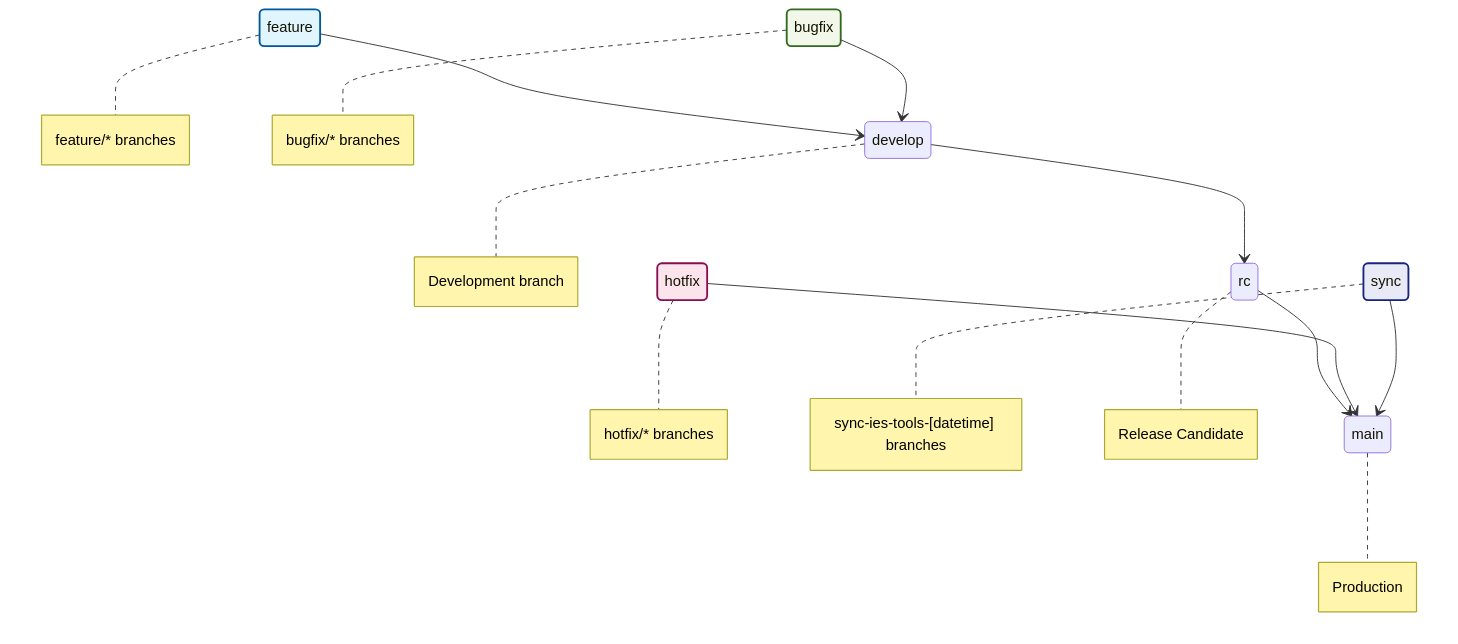
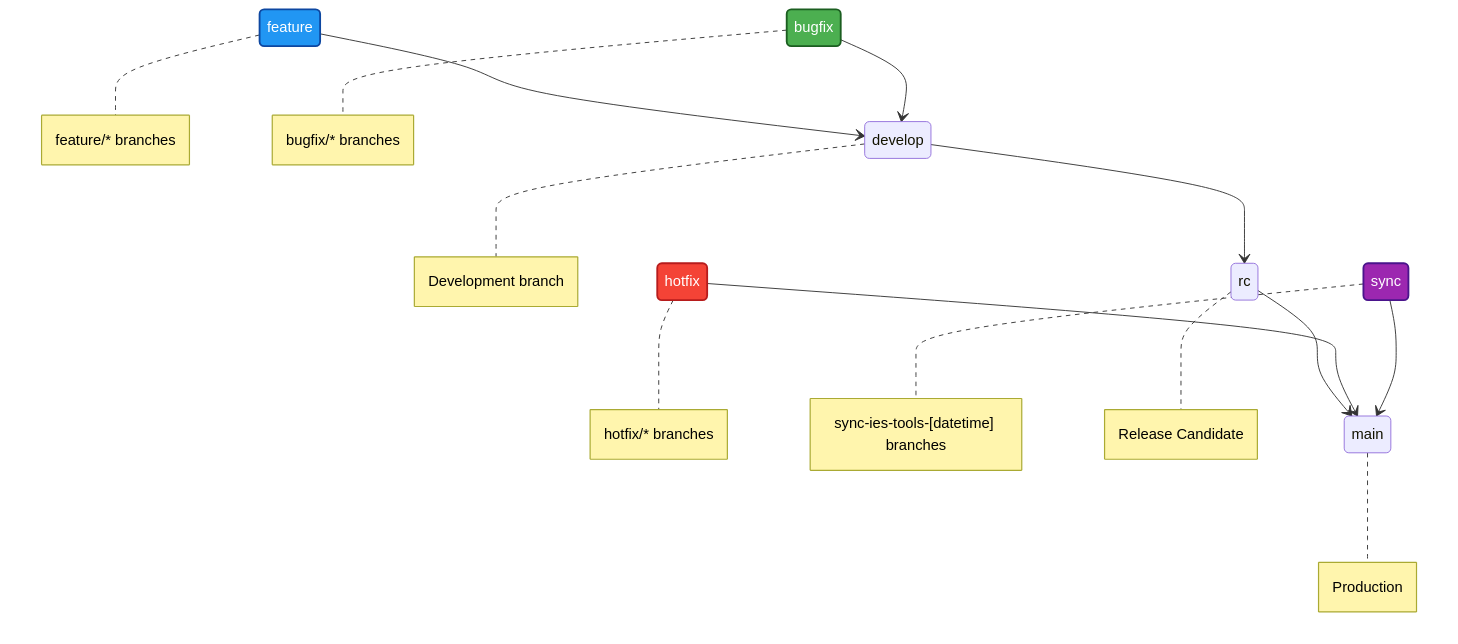
The diagram in docs/diagrams/branch-flows.mmd (Acme-Ontologies/ies-ontology-template), drawn with Mermaid before and after one commit. The commit also changed 11 other files, not shown here.

```diff
--- a/docs/diagrams/branch-flows.mmd
+++ b/docs/diagrams/branch-flows.mmd
@@ -1,22 +1,22 @@
 stateDiagram-v2
-    classDef featureBranch fill:#e1f5fe,stroke:#01579b,stroke-width:2px
-    classDef bugfixBranch fill:#f1f8e9,stroke:#33691e,stroke-width:2px
-    classDef hotfixBranch fill:#fce4ec,stroke:#880e4f,stroke-width:2px
-    classDef syncBranch fill:#e8eaf6,stroke:#1a237e,stroke-width:2px
-    classDef mainBranch fill:#fff3e0,stroke:#e65100,stroke-width:2px
+   classDef featureBranch fill:#2196F3,stroke:#0D47A1,stroke-width:2px,color:white
+   classDef bugfixBranch fill:#4CAF50,stroke:#1B5E20,stroke-width:2px,color:white
+   classDef hotfixBranch fill:#F44336,stroke:#B71C1C,stroke-width:2px,color:white
+   classDef syncBranch fill:#9C27B0,stroke:#4A148C,stroke-width:2px,color:white
+   classDef mainBranch fill:#FF9800,stroke:#E65100,stroke-width:2px,color:white
 
-    feature:::featureBranch --> develop
-    bugfix:::bugfixBranch --> develop
-    develop --> rc
-    rc --> main
-    hotfix:::hotfixBranch --> main
-    sync:::syncBranch --> main
+   feature:::featureBranch --> develop
+   bugfix:::bugfixBranch --> develop
+   develop --> rc
+   rc --> main
+   hotfix:::hotfixBranch --> main
+   sync:::syncBranch --> main
 
-    note right of feature: feature/* branches
-    note right of bugfix: bugfix/* branches
-    note right of hotfix: hotfix/* branches
-    note right of sync: sync-ies-tools-[datetime] branches
+   note right of feature: feature/* branches
+   note right of bugfix: bugfix/* branches
+   note right of hotfix: hotfix/* branches
+   note right of sync: sync-ies-tools-[datetime] branches
 
-    note right of develop: Development branch
-    note right of rc: Release Candidate
-    note right of main: Production
+   note right of develop: Development branch
+   note right of rc: Release Candidate
+   note right of main: Production
```
